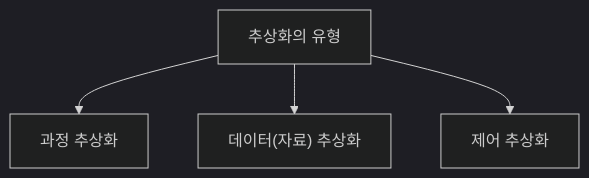
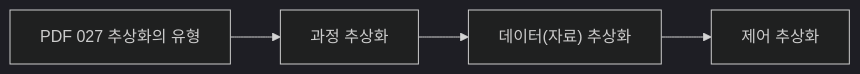
Before and after one commit to nes0903/study: the second of 10 diagrams in 정보처리기사/1과목 소프트웨어 설계/027 추상화의 유형/027 추상화의 유형.md, drawn with Mermaid (dark theme). The commit also changed other lines of this file and 318 other files, not shown here.

````diff
--- a/정보처리기사/1과목 소프트웨어 설계/027 추상화의 유형/027 추상화의 유형.md
+++ b/정보처리기사/1과목 소프트웨어 설계/027 추상화의 유형/027 추상화의 유형.md
@@ -13,7 +39,7 @@
 ```mermaid
-flowchart TD
-    A["추상화의 유형"]
-    A --> N1["과정 추상화"]
-    A --> N2["데이터(자료) 추상화"]
-    A --> N3["제어 추상화"]
+flowchart LR
+    A["PDF 027 추상화의 유형"]
+    A --> B["과정 추상화"]
+    B --> C["데이터(자료) 추상화"]
+    C --> D["제어 추상화"]
 ```
````
